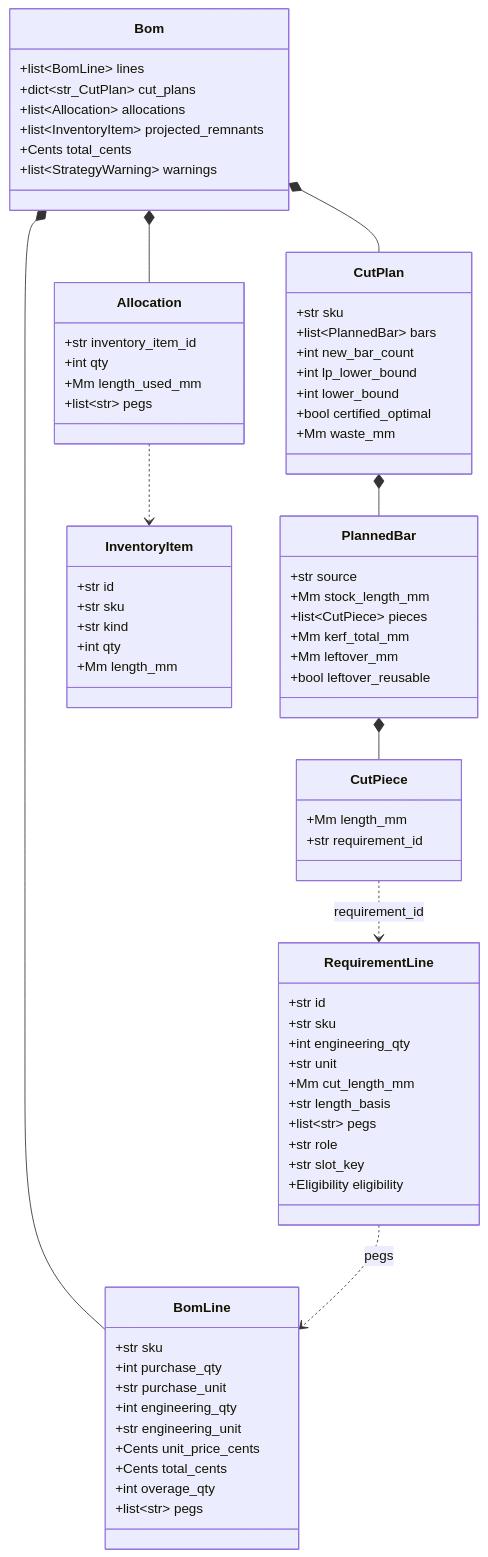
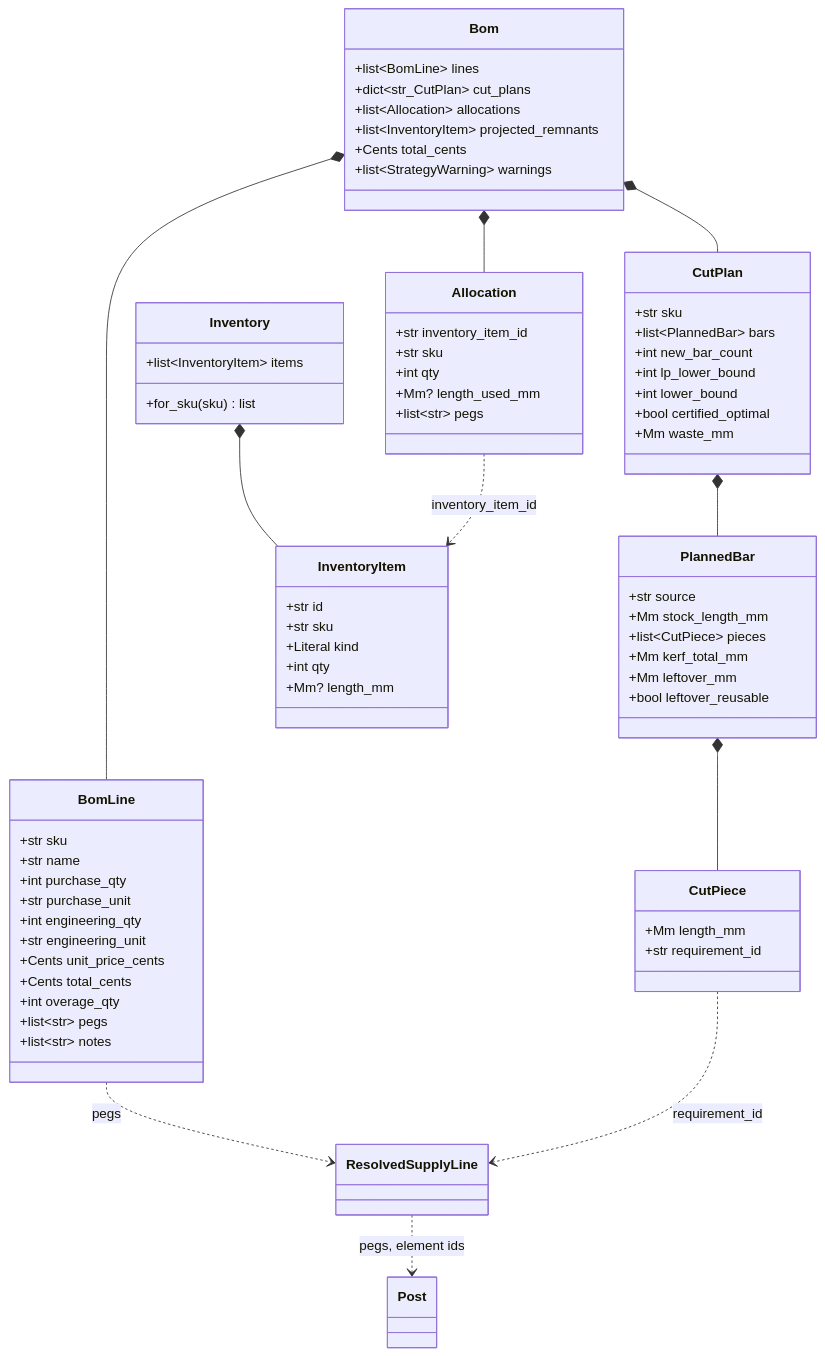
Before and after one commit to spicysauce1955-stack/BOM: diagram 16 of 27 in docs/architecture/02-entities.md, drawn with Mermaid. The commit also changed other lines of this file and 14 other files, not shown here.

````diff
--- a/docs/architecture/02-entities.md
+++ b/docs/architecture/02-entities.md
@@ -747,78 +2020,74 @@
 ```mermaid
 classDiagram
-    class RequirementLine {
-        +str id
-        +str sku
-        +int engineering_qty
-        +str unit
-        %% sku and unit are EMPTY until resolve_supply
-        +Mm cut_length_mm
-        +str length_basis
-        +list~str~ pegs
-        +str role
-        +str slot_key
-        +Eligibility eligibility
-    }
     class Bom {
         +list~BomLine~ lines
         +dict~str_CutPlan~ cut_plans
         +list~Allocation~ allocations
         +list~InventoryItem~ projected_remnants
         +Cents total_cents
         +list~StrategyWarning~ warnings
     }
     class BomLine {
         +str sku
+        +str name
         +int purchase_qty
         +str purchase_unit
         +int engineering_qty
         +str engineering_unit
         +Cents unit_price_cents
         +Cents total_cents
         +int overage_qty
         +list~str~ pegs
+        +list~str~ notes
     }
     class CutPlan {
         +str sku
         +list~PlannedBar~ bars
         +int new_bar_count
         +int lp_lower_bound
         +int lower_bound
         +bool certified_optimal
         +Mm waste_mm
     }
     class PlannedBar {
         +str source
         +Mm stock_length_mm
         +list~CutPiece~ pieces
         +Mm kerf_total_mm
         +Mm leftover_mm
         +bool leftover_reusable
     }
     class CutPiece {
         +Mm length_mm
         +str requirement_id
     }
+    class Allocation {
+        +str inventory_item_id
+        +str sku
+        +int qty
+        +Mm? length_used_mm
+        +list~str~ pegs
+    }
+    class Inventory {
+        +list~InventoryItem~ items
+        +for_sku(sku) list
+    }
     class InventoryItem {
         +str id
         +str sku
-        +str kind
+        +Literal kind
         +int qty
-        +Mm length_mm
-    }
-    class Allocation {
-        +str inventory_item_id
-        +int qty
-        +Mm length_used_mm
-        +list~str~ pegs
+        +Mm? length_mm
     }
 
     Bom *-- BomLine
     Bom *-- CutPlan
     Bom *-- Allocation
     CutPlan *-- PlannedBar
     PlannedBar *-- CutPiece
-    Allocation ..> InventoryItem
-    RequirementLine ..> BomLine : pegs
-    CutPiece ..> RequirementLine : requirement_id
+    Inventory *-- InventoryItem
+    Allocation ..> InventoryItem : inventory_item_id
+    BomLine ..> ResolvedSupplyLine : pegs
+    CutPiece ..> ResolvedSupplyLine : requirement_id
+    ResolvedSupplyLine ..> Post : pegs, element ids
 ```
````
